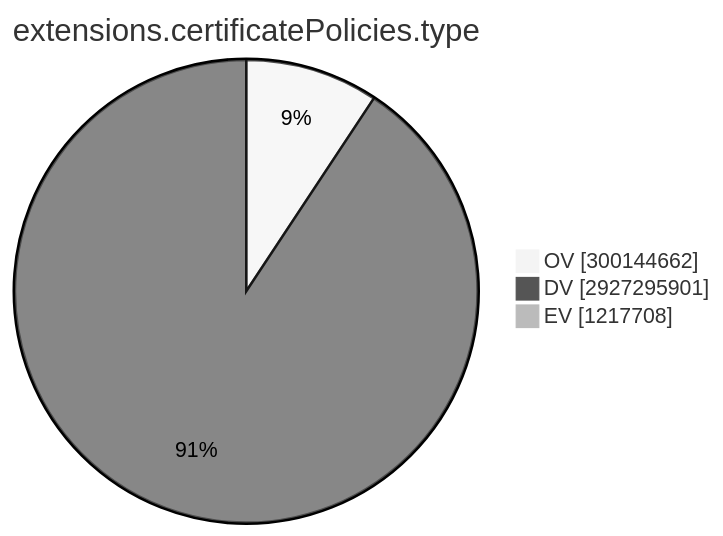
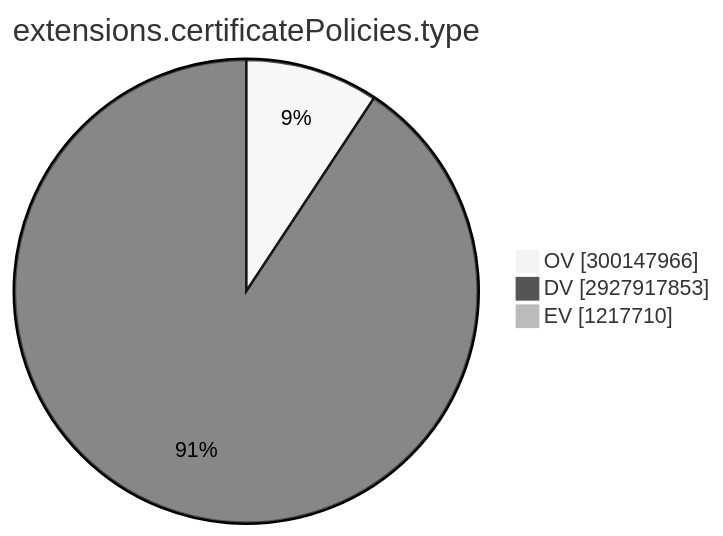
One commit to christiankrug/ctmonitor_visualization changed the ninth of 15 diagrams in TOTAL/README.md. Above: the diagram before and after it, drawn with Mermaid (neutral theme). The commit also changed other lines of this file, not shown here.

````diff
--- a/TOTAL/README.md
+++ b/TOTAL/README.md
@@ -3101,7 +3101,7 @@
 ```mermaid
 pie showData
 title extensions.certificatePolicies.type
-"OV" :300144662
-"DV" :2927295901
-"EV" :1217708
+"OV" :300147966
+"DV" :2927917853
+"EV" :1217710
 ```
````
